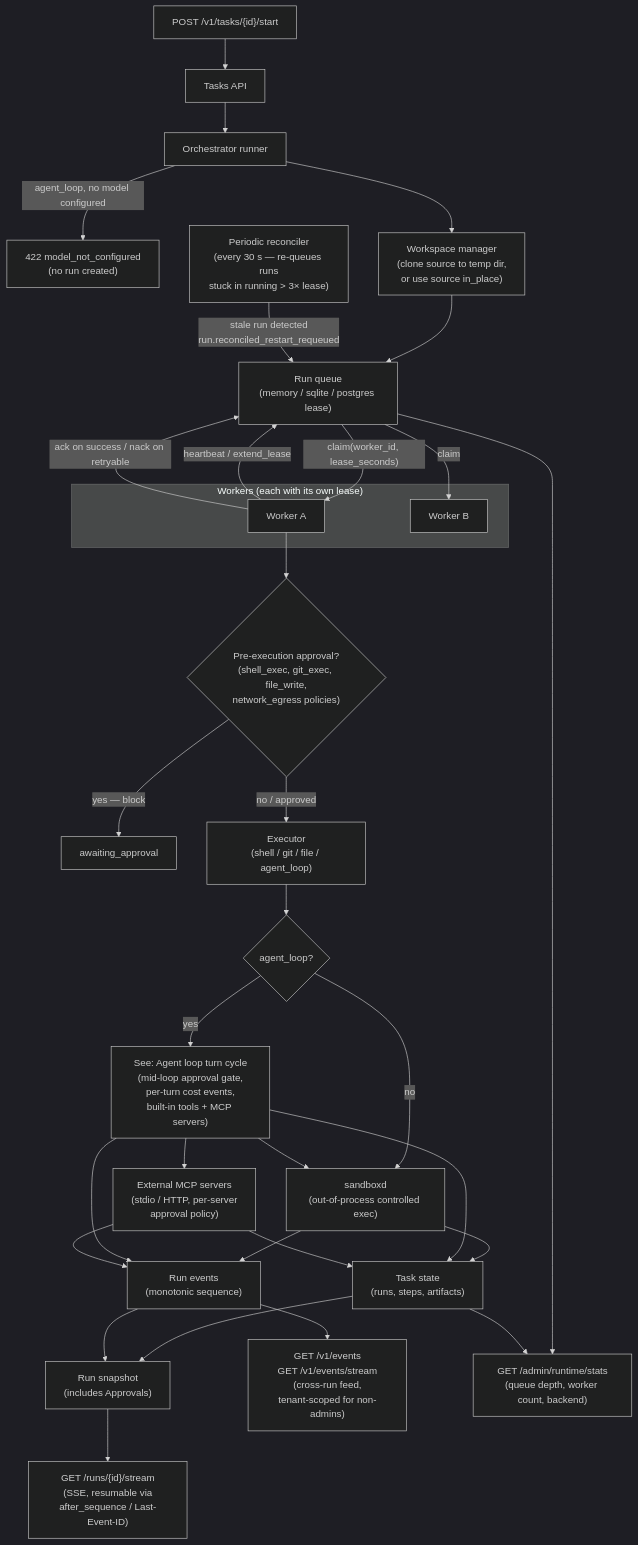
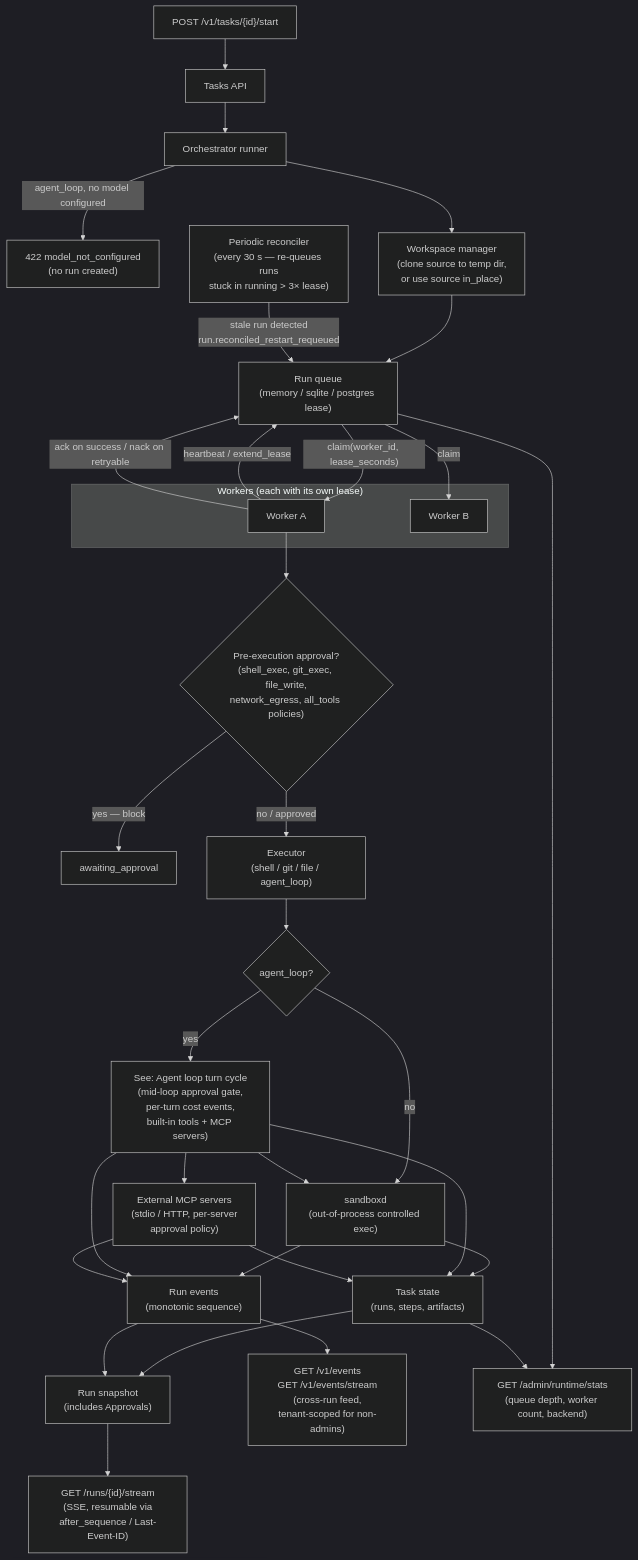
The second of 3 diagrams in docs/architecture.md (hecatehq/hecate), drawn with Mermaid (dark theme) before and after one commit. The commit also changed 9 other files, not shown here.

First line of the commit message:
feat: harden approval policy system with all_tools, read_file, boot validation

````diff
--- a/docs/architecture.md
+++ b/docs/architecture.md
@@ -59,47 +59,47 @@
 ```mermaid
 flowchart TD
     Caller["POST /v1/tasks/{id}/start"] --> TasksApi["Tasks API"]
     TasksApi --> Runner["Orchestrator runner"]
     Runner -->|"agent_loop, no model configured"| ErrModel["422 model_not_configured<br/>(no run created)"]
     Runner --> Workspace["Workspace manager<br/>(clone source to temp dir,<br/>or use source in_place)"]
     Workspace --> Queue["Run queue<br/>(memory / sqlite / postgres lease)"]
 
     Reconciler["Periodic reconciler<br/>(every 30 s — re-queues runs<br/>stuck in running > 3× lease)"]
     Reconciler -->|"stale run detected<br/>run.reconciled_restart_requeued"| Queue
 
     subgraph Workers["Workers (each with its own lease)"]
         WorkerA["Worker A"]
         WorkerB["Worker B"]
     end
 
     Queue -->|"claim(worker_id, lease_seconds)"| WorkerA
     Queue -->|"claim"| WorkerB
     WorkerA -->|"heartbeat / extend_lease"| Queue
     WorkerA -->|"ack on success / nack on retryable"| Queue
 
-    WorkerA --> PreApproval{"Pre-execution approval?<br/>(shell_exec, git_exec, file_write,<br/>network_egress policies)"}
+    WorkerA --> PreApproval{"Pre-execution approval?<br/>(shell_exec, git_exec, file_write,<br/>network_egress, all_tools policies)"}
     PreApproval -->|"yes — block"| Pending["awaiting_approval"]
     PreApproval -->|"no / approved"| Executor
 
     Executor["Executor<br/>(shell / git / file / agent_loop)"]
     Executor --> AgentLoop{"agent_loop?"}
     AgentLoop -->|"yes"| LoopRef["See: Agent loop turn cycle<br/>(mid-loop approval gate,<br/>per-turn cost events,<br/>built-in tools + MCP servers)"]
     AgentLoop -->|"no"| Sandboxd["sandboxd<br/>(out-of-process controlled exec)"]
     LoopRef --> Sandboxd
     LoopRef --> McpServers["External MCP servers<br/>(stdio / HTTP, per-server<br/>approval policy)"]
 
     Sandboxd --> State["Task state<br/>(runs, steps, artifacts)"]
     LoopRef --> State
     McpServers --> State
     Sandboxd --> RunEvents["Run events<br/>(monotonic sequence)"]
     LoopRef --> RunEvents
     McpServers --> RunEvents
 
     State --> Snapshot["Run snapshot<br/>(includes Approvals)"]
     RunEvents --> Snapshot
     Snapshot --> Stream["GET /runs/{id}/stream<br/>(SSE, resumable via<br/>after_sequence / Last-Event-ID)"]
     RunEvents --> PublicEvents["GET /v1/events<br/>GET /v1/events/stream<br/>(cross-run feed,<br/>tenant-scoped for non-admins)"]
 
     Queue --> Stats["GET /admin/runtime/stats<br/>(queue depth, worker count, backend)"]
     State --> Stats
 ```
````
